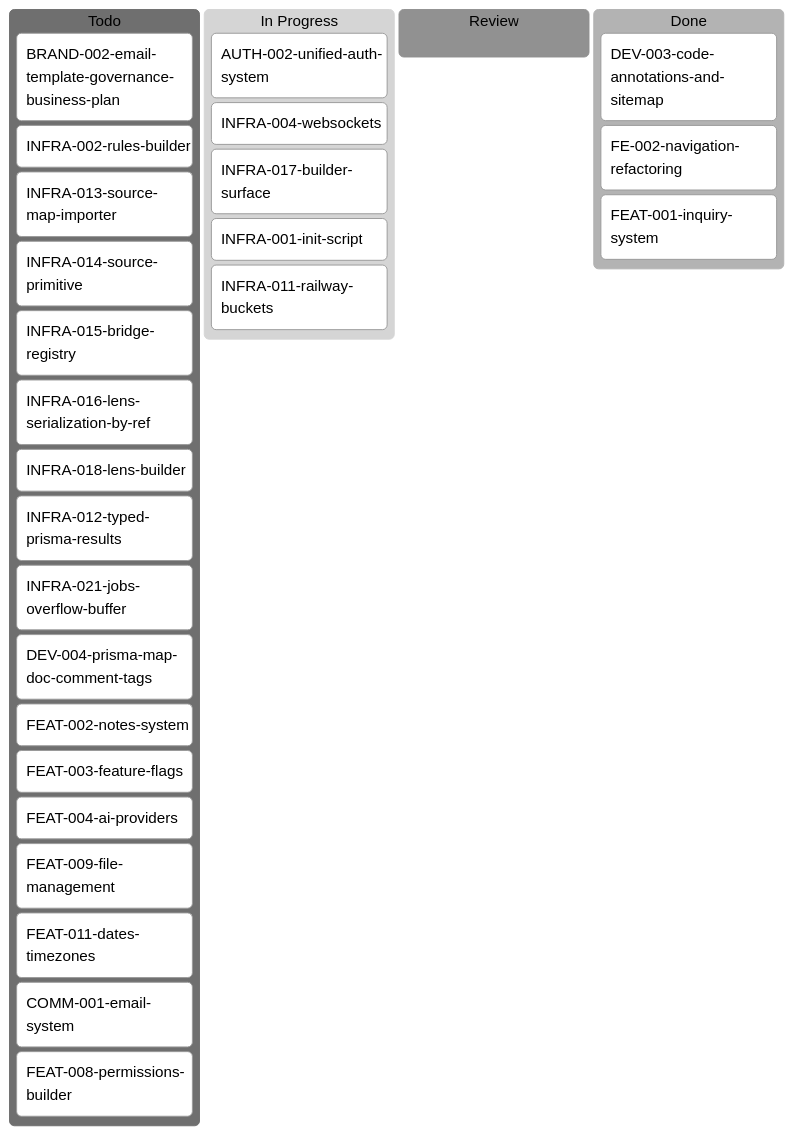
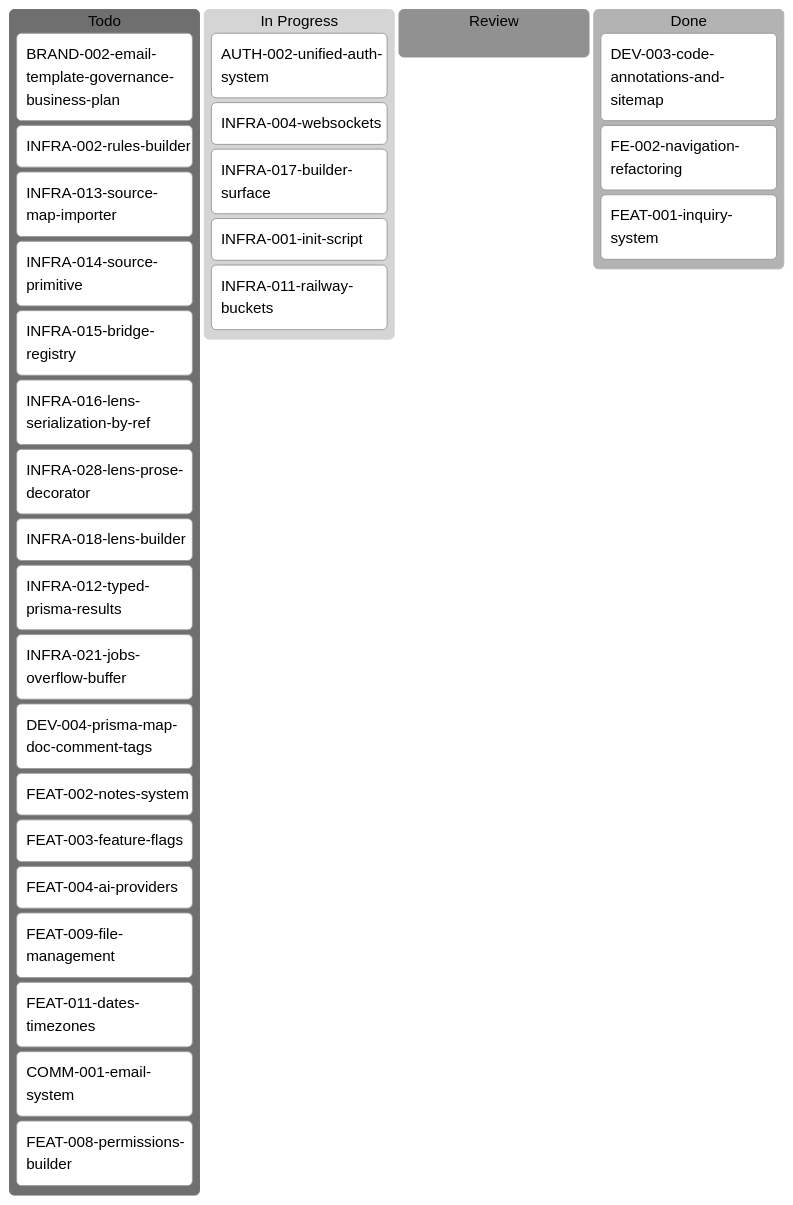
Before and after one commit to inixiative/template: the diagram in tickets/kanban-aron.md, drawn with Mermaid (neutral theme). The commit also changed other lines of this file and 1 other file, not shown here.

Commit message:
INFRA-028: lens prose decorator placeholder (labels/icons for FE + AI)
Static presentation axis on the lens — the sibling of INFRA-024's dynamic
option-value axis. Problem-framing only, shape TBD. Surfaced by Zealot's segment
builder cutting its AI prompt over to exposedSurface(segmentLens) (ZLT-1470),
which dropped the curated labels the deleted static schema had carried (ZLT-3633).
Indexed on kanban-aron under Rules / Lens Platform.

````diff
--- a/tickets/kanban-aron.md
+++ b/tickets/kanban-aron.md
@@ -3,37 +3,38 @@
 ```mermaid
 ---
 config:
   kanban:
     ticketBaseUrl: 'https://github.com/yourorg/template/blob/main/tickets/#TICKET#'
 ---
 kanban
   Todo
     BRAND-002-email-template-governance-business-plan
     INFRA-002-rules-builder
     INFRA-013-source-map-importer
     INFRA-014-source-primitive
     INFRA-015-bridge-registry
     INFRA-016-lens-serialization-by-ref
+    INFRA-028-lens-prose-decorator
     INFRA-018-lens-builder
     INFRA-012-typed-prisma-results
     INFRA-021-jobs-overflow-buffer
     DEV-004-prisma-map-doc-comment-tags
     FEAT-002-notes-system
     FEAT-003-feature-flags
     FEAT-004-ai-providers
     FEAT-009-file-management
     FEAT-011-dates-timezones
     COMM-001-email-system
     FEAT-008-permissions-builder
   In Progress
     AUTH-002-unified-auth-system
     INFRA-004-websockets
     INFRA-017-builder-surface
     INFRA-001-init-script
     INFRA-011-railway-buckets
   Review
   Done
     DEV-003-code-annotations-and-sitemap
     FE-002-navigation-refactoring
     FEAT-001-inquiry-system
 ```
````
